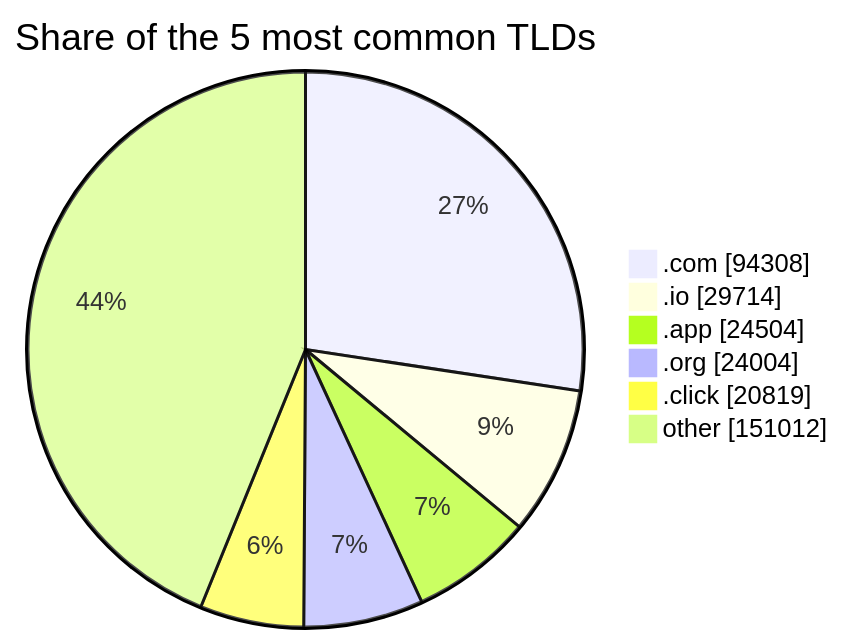
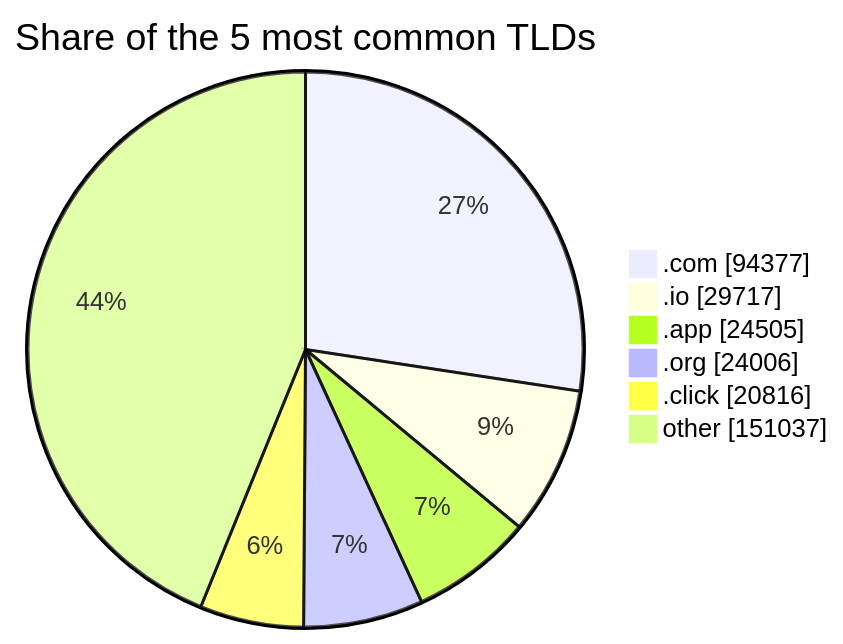
The third of 3 diagrams in README.md (DNSBunker/CTI), drawn with Mermaid before and after one commit. The commit also changed other lines of this file and 3 other files, not shown here.

````diff
--- a/README.md
+++ b/README.md
@@ -81,9 +81,9 @@
 ```mermaid
 pie showData title Share of the 5 most common TLDs
-    ".com" : 94308
-    ".io" : 29714
-    ".app" : 24504
-    ".org" : 24004
-    ".click" : 20819
-    "other" : 151012
+    ".com" : 94377
+    ".io" : 29717
+    ".app" : 24505
+    ".org" : 24006
+    ".click" : 20816
+    "other" : 151037
 ```
````
